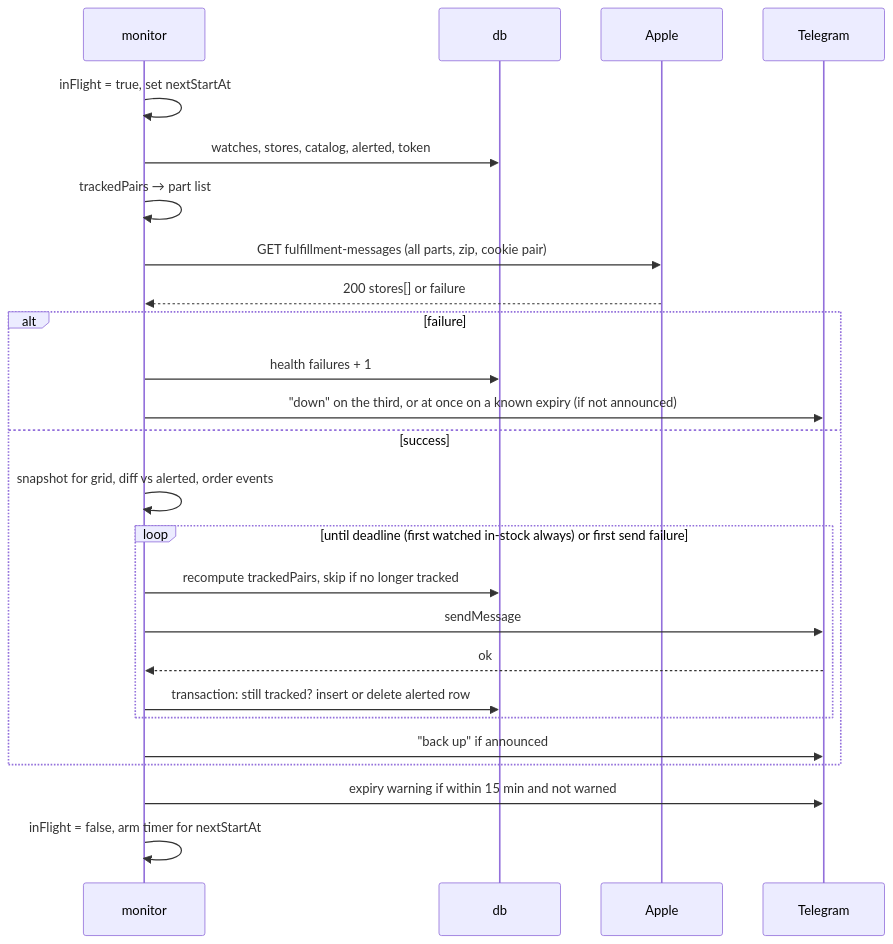
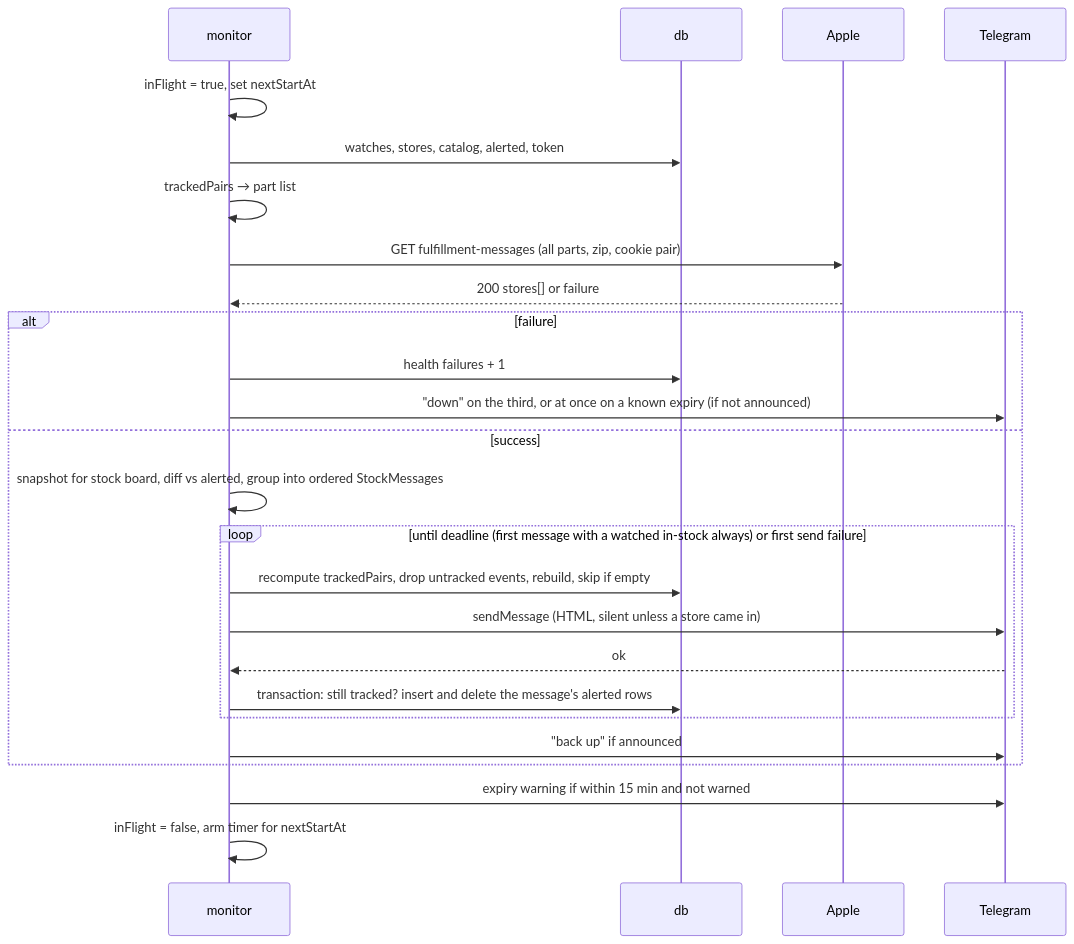
One commit to fabricio21x/apple-pickup-watch changed the fifth of 5 diagrams in docs/features/2026-10-22-pickup-watch/design.md. Above: the diagram before and after it, drawn with Mermaid. The commit also changed other lines of this file, not shown here.

````diff
--- a/docs/features/2026-10-22-pickup-watch/design.md
+++ b/docs/features/2026-10-22-pickup-watch/design.md
@@ -300,27 +339,27 @@
 ```mermaid
 sequenceDiagram
   participant M as monitor
   participant D as db
   participant A as Apple
   participant T as Telegram
   M->>M: inFlight = true, set nextStartAt
   M->>D: watches, stores, catalog, alerted, token
   M->>M: trackedPairs → part list
   M->>A: GET fulfillment-messages (all parts, zip, cookie pair)
   A-->>M: 200 stores[] or failure
   alt failure
     M->>D: health failures + 1
     M->>T: "down" on the third, or at once on a known expiry (if not announced)
   else success
-    M->>M: snapshot for grid, diff vs alerted, order events
-    loop until deadline (first watched in-stock always) or first send failure
-      M->>D: recompute trackedPairs, skip if no longer tracked
-      M->>T: sendMessage
+    M->>M: snapshot for stock board, diff vs alerted, group into ordered StockMessages
+    loop until deadline (first message with a watched in-stock always) or first send failure
+      M->>D: recompute trackedPairs, drop untracked events, rebuild, skip if empty
+      M->>T: sendMessage (HTML, silent unless a store came in)
       T-->>M: ok
-      M->>D: transaction: still tracked? insert or delete alerted row
+      M->>D: transaction: still tracked? insert and delete the message's alerted rows
     end
     M->>T: "back up" if announced
   end
   M->>T: expiry warning if within 15 min and not warned
   M->>M: inFlight = false, arm timer for nextStartAt
 ```
````
